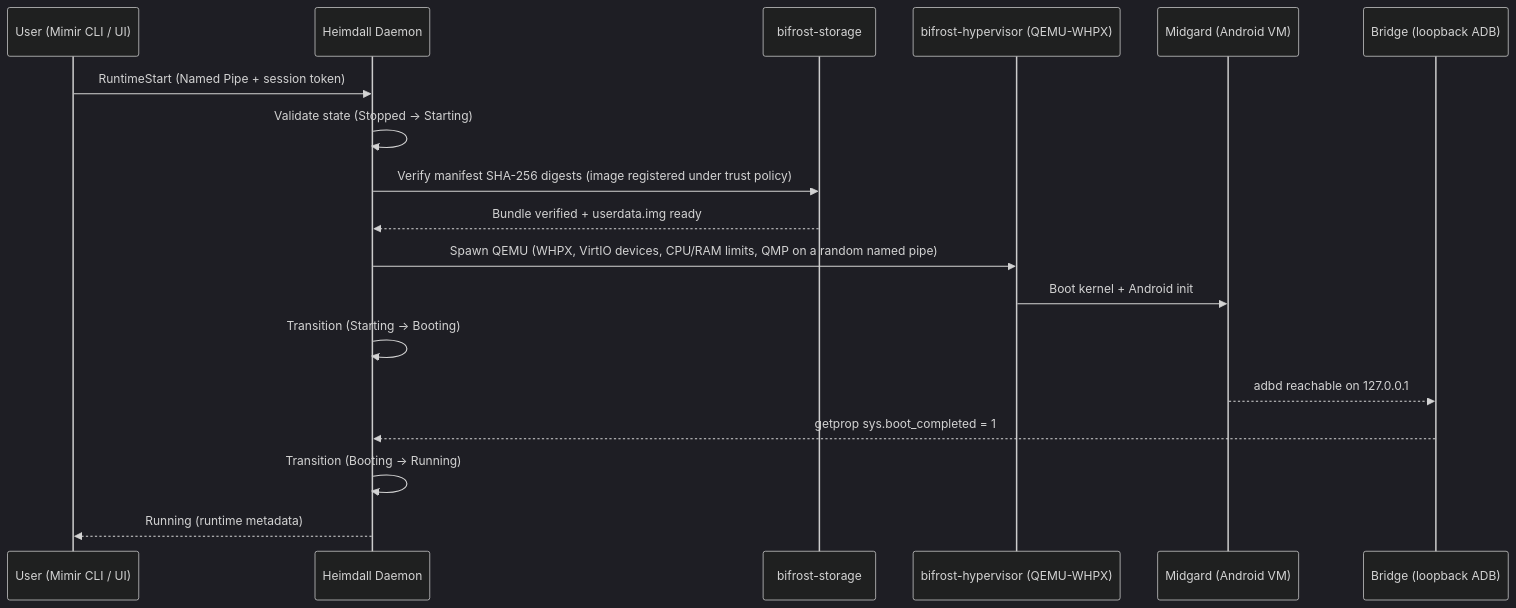
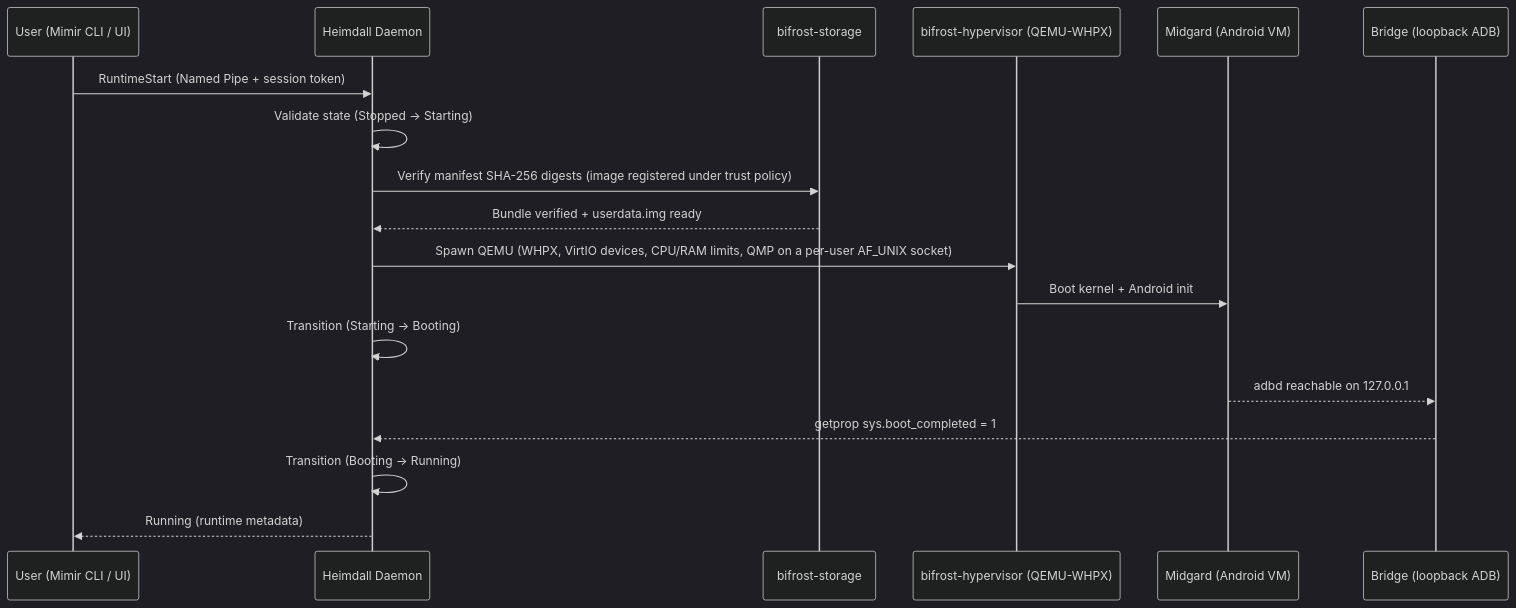
One commit to kiramman-mp3/bifrost changed the second of 2 diagrams in ARCHITECTURE.md. Above: the diagram before and after it, drawn with Mermaid (dark theme). The commit also changed other lines of this file and 3 other files, not shown here.

Commit message:
docs: describe QMP over a per-user AF_UNIX socket

````diff
--- a/ARCHITECTURE.md
+++ b/ARCHITECTURE.md
@@ -108,21 +108,21 @@
 ```mermaid
 sequenceDiagram
     participant User as User (Mimir CLI / UI)
     participant Heimdall as Heimdall Daemon
     participant Storage as bifrost-storage
     participant Hypervisor as bifrost-hypervisor (QEMU-WHPX)
     participant Midgard as Midgard (Android VM)
     participant Bridge as Bridge (loopback ADB)
 
     User->>Heimdall: RuntimeStart (Named Pipe + session token)
     Heimdall->>Heimdall: Validate state (Stopped -> Starting)
     Heimdall->>Storage: Verify manifest SHA-256 digests (image registered under trust policy)
     Storage-->>Heimdall: Bundle verified + userdata.img ready
-    Heimdall->>Hypervisor: Spawn QEMU (WHPX, VirtIO devices, CPU/RAM limits, QMP on a random named pipe)
+    Heimdall->>Hypervisor: Spawn QEMU (WHPX, VirtIO devices, CPU/RAM limits, QMP on a per-user AF_UNIX socket)
     Hypervisor->>Midgard: Boot kernel + Android init
     Heimdall->>Heimdall: Transition (Starting -> Booting)
     Midgard-->>Bridge: adbd reachable on 127.0.0.1
     Bridge-->>Heimdall: getprop sys.boot_completed = 1
     Heimdall->>Heimdall: Transition (Booting -> Running)
     Heimdall-->>User: Running (runtime metadata)
 ```
````
